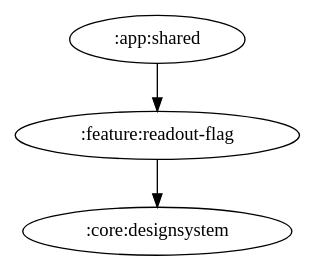
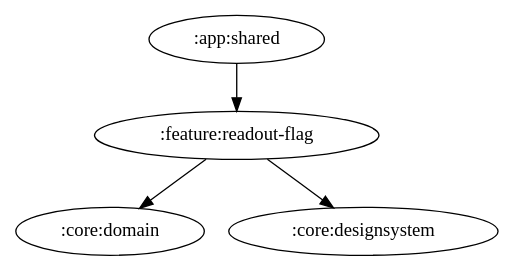
The diagram in docs/graphs/feature-readout-flag.gv (ai-kurou/KoDriver), drawn with Graphviz before and after one commit. The commit also changed 5 other files, not shown here.

Commit message:
chore: update module graph images [skip ci]

```diff
--- a/docs/graphs/feature-readout-flag.gv
+++ b/docs/graphs/feature-readout-flag.gv
@@ -1,4 +1,5 @@
 digraph G {
   ":app:shared" -> ":feature:readout-flag"
+  ":feature:readout-flag" -> ":core:domain"
   ":feature:readout-flag" -> ":core:designsystem"
 }
```
